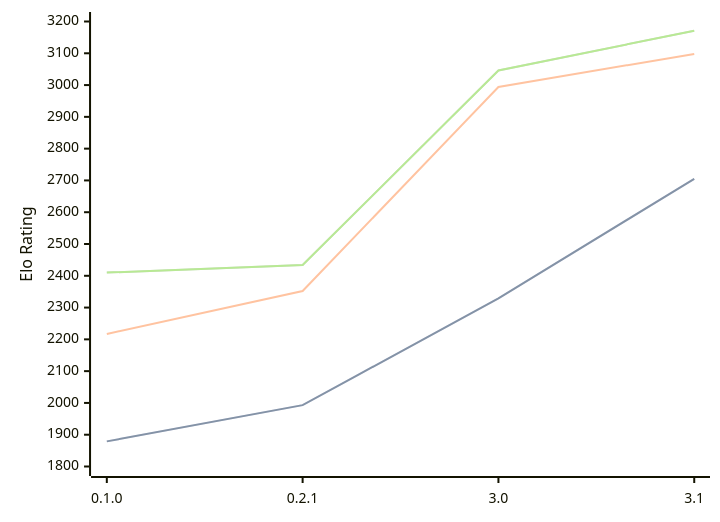
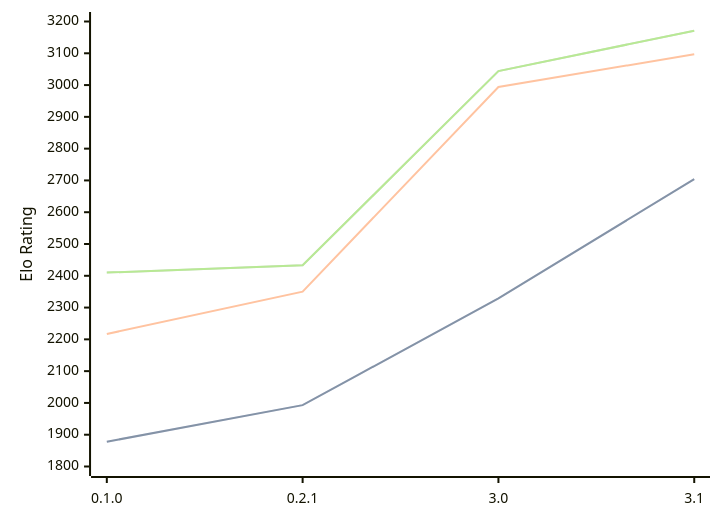
Before and after one commit to computer-chess-index/cci: the diagram in engines/Sykora.md, drawn with Mermaid. The commit also changed other lines of this file, not shown here.

Commit message:
Update CCI Ratings (ELO VLTC) - 2026-07-27

````diff
--- a/engines/Sykora.md
+++ b/engines/Sykora.md
@@ -35,11 +35,11 @@
 ```mermaid
 %%{init: {"theme":"base","themeVariables":{"seriesColors:['#a3a3a3','#222221','#faa371']}}}%%
 xychart-beta
   x-axis ["0.1.0", "0.2.1", "3.0", "3.1"]
   y-axis "Elo Rating" 1800 --> 3200
-  line "STC (8.0+0.08s)" [1879, 1993, 2329, 2705]
-  line "STC (8.0+0.08s)" [1879, 1993, 2329, 2705]
-  line "LTC (60.0+0.60s)" [2217, 2352, 2994, 3098]
-  line "VLTC (2m24s+1.12s)" [2410, 2434, 3046, 3171]
-  line "VLTC (2m24s+1.12s)" [2410, 2434, 3046, 3171]
+  line "STC (8.0+0.08s)" [1878, 1993, 2329, 2704]
+  line "STC (8.0+0.08s)" [1878, 1993, 2329, 2704]
+  line "LTC (60.0+0.60s)" [2217, 2350, 2994, 3097]
+  line "VLTC (2m24s+1.12s)" [2410, 2433, 3044, 3171]
+  line "VLTC (2m24s+1.12s)" [2410, 2433, 3044, 3171]
 ```
````
